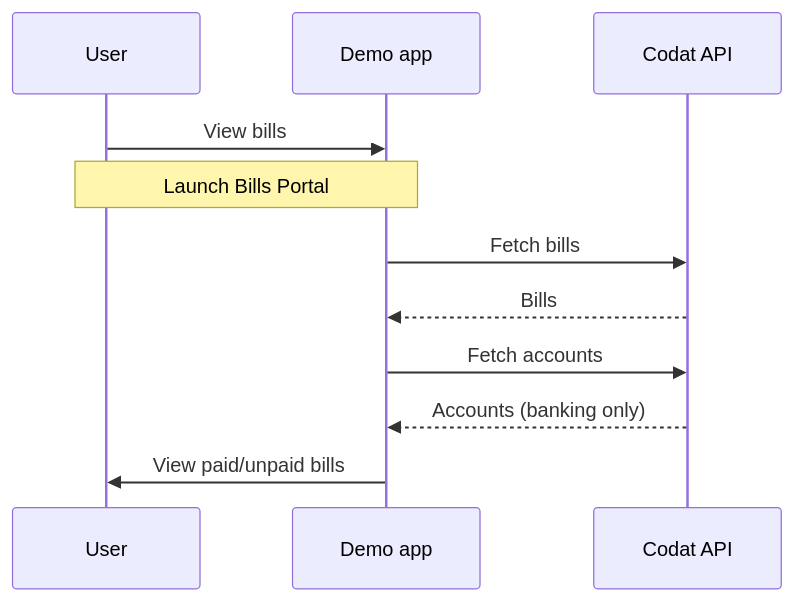
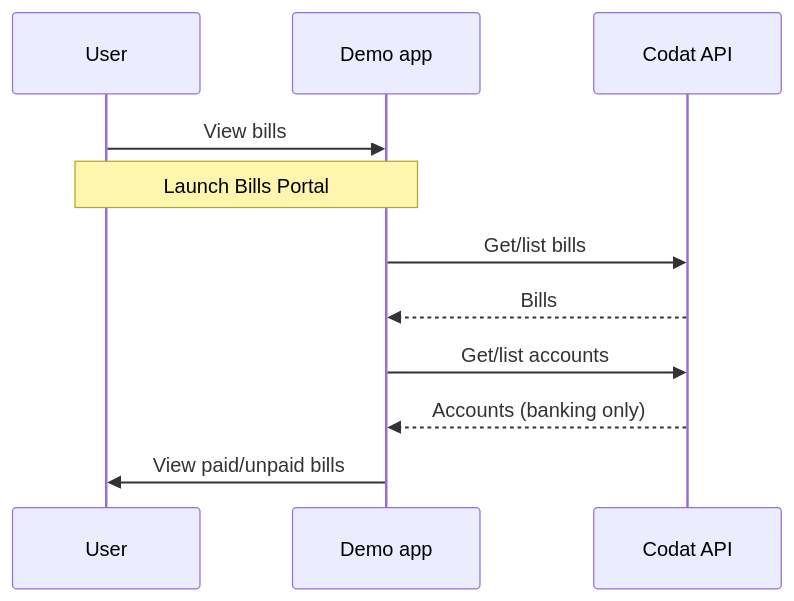
One commit to codatio/codat-docs changed the first of 2 diagrams in docs/payables/guides/bill-pay/how-the-demo-app-works.md. Above: the diagram before and after it, drawn with Mermaid. The commit also changed 8 other files, not shown here.

````diff
--- a/docs/payables/guides/bill-pay/how-the-demo-app-works.md
+++ b/docs/payables/guides/bill-pay/how-the-demo-app-works.md
@@ -29,15 +29,15 @@
 ```mermaid
 sequenceDiagram
     participant user as User
     participant backend as Demo app 
     participant codat as Codat API
     
     user ->> backend: View bills
     Note over user,backend: Launch Bills Portal
-    backend ->> codat: Fetch bills
+    backend ->> codat: Get/list bills
     codat -->> backend: Bills
-    backend ->> codat: Fetch accounts
+    backend ->> codat: Get/list accounts
     codat -->> backend: Accounts (banking only)
     backend ->> user: View paid/unpaid bills
     
 ```
````
